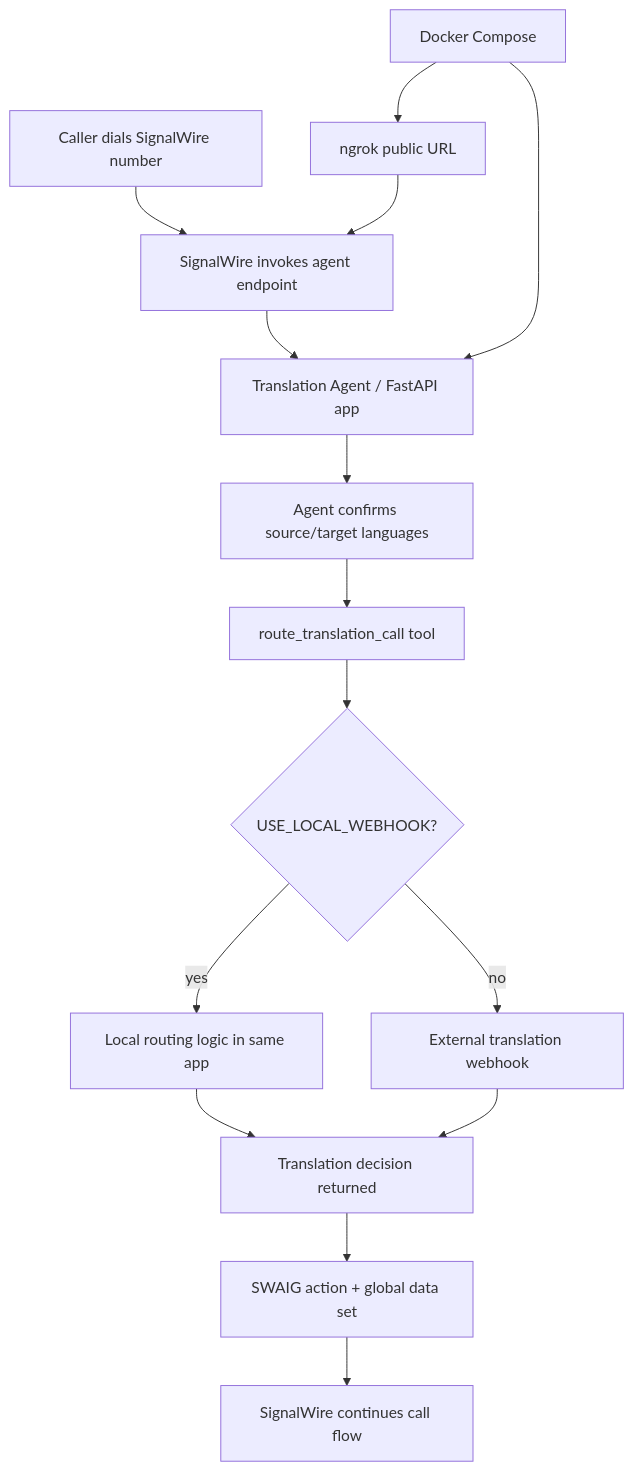
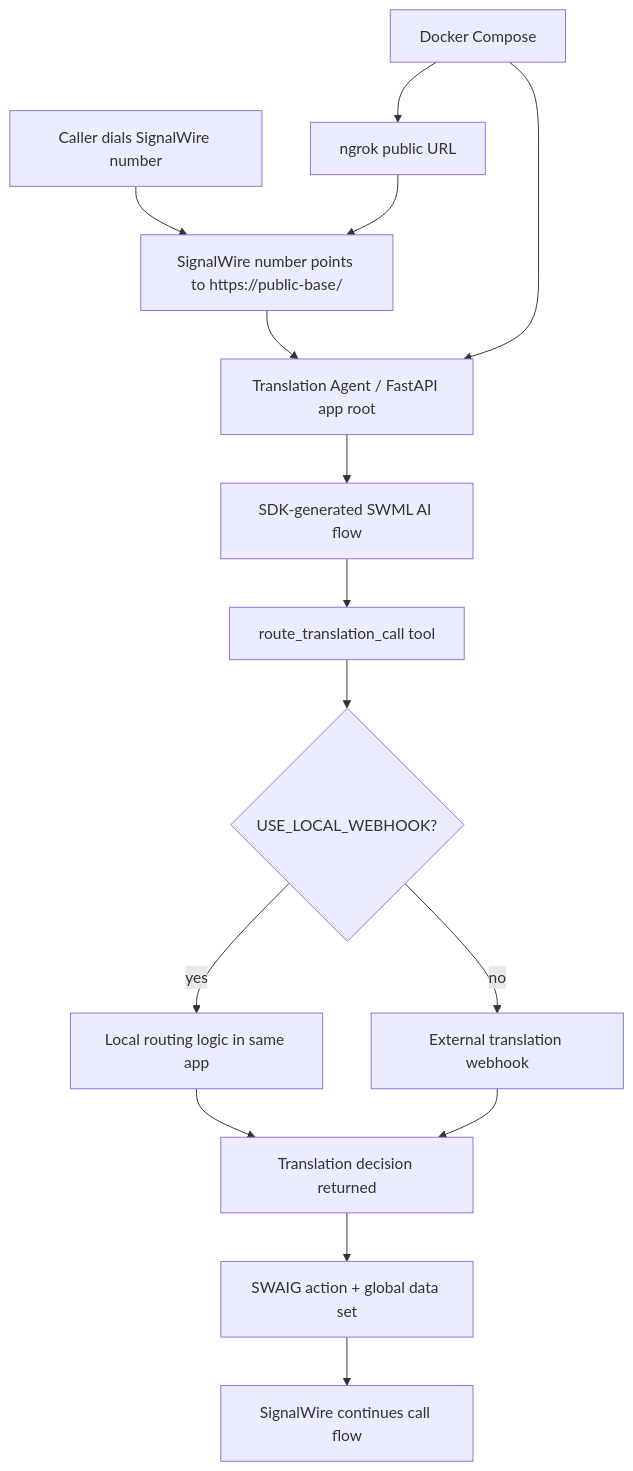
One commit to agonza1/Real-Time-Translation-AI-Agent changed the diagram in README.md. Above: the diagram before and after it, drawn with Mermaid. The commit also changed other lines of this file and 7 other files, not shown here.

````diff
--- a/README.md
+++ b/README.md
@@ -19,18 +19,18 @@
 ```mermaid
 flowchart TD
-    A[Caller dials SignalWire number] --> B[SignalWire invokes agent endpoint]
-    B --> C[Translation Agent / FastAPI app]
-    C --> D[Agent confirms source/target languages]
+    A[Caller dials SignalWire number] --> B[SignalWire number points to https://public-base/]
+    B --> C[Translation Agent / FastAPI app root]
+    C --> D[SDK-generated SWML AI flow]
     D --> E[route_translation_call tool]
     E --> F{USE_LOCAL_WEBHOOK?}
     F -->|yes| G[Local routing logic in same app]
     F -->|no| H[External translation webhook]
     G --> I[Translation decision returned]
     H --> I
     I --> J[SWAIG action + global data set]
     J --> K[SignalWire continues call flow]
 
     L[ngrok public URL] --> B
     M[Docker Compose] --> C
     M --> L
 ```
````
